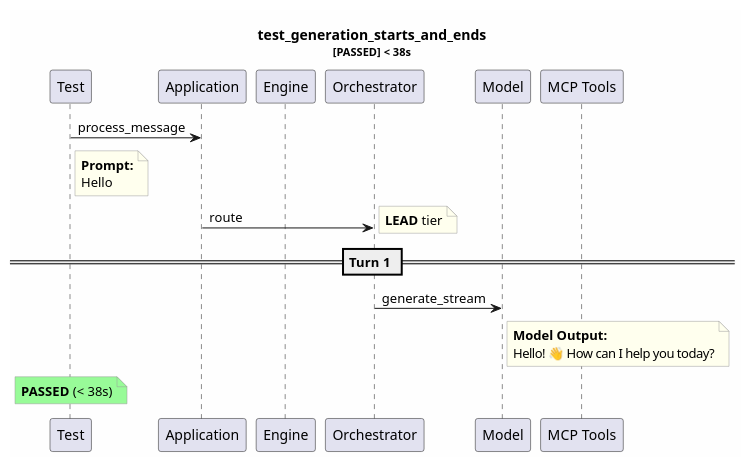
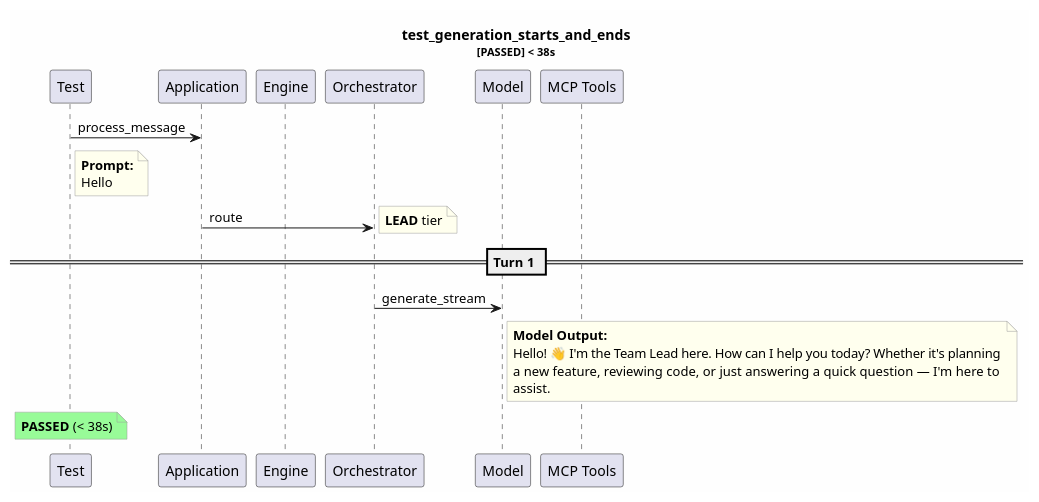
One commit to tvanfossen/entropic changed the diagram in test-reports/logs/test_generation_starts_and_ends/test_generation_starts_and_ends.puml. Above: the diagram before and after it, drawn with PlantUML. The commit also changed 11 other files, not shown here.

```diff
--- a/test-reports/logs/test_generation_starts_and_ends/test_generation_starts_and_ends.puml
+++ b/test-reports/logs/test_generation_starts_and_ends/test_generation_starts_and_ends.puml
@@ -1,31 +1,33 @@
 @startuml
 skinparam backgroundColor #FEFEFE
 skinparam noteBorderColor #999999
 skinparam noteBackgroundColor #FFFFEE
 title test_generation_starts_and_ends\n<size:11>[PASSED] < 38s</size>
 
 participant "Test" as T
 participant "Application" as App
 participant "Engine" as Eng
 participant "Orchestrator" as Orch
 participant "Model" as Mdl
 participant "MCP Tools" as MCP
 
 T -> App: process_message
 note right of T
   **Prompt:**
   Hello
 end note
 App -> Orch: route
 note right: **LEAD** tier
 == Turn 1 ==
 Orch -> Mdl: generate_stream
 note right of Mdl
   **Model Output:**
-  Hello! 👋 How can I help you today?
+  Hello! 👋 I'm the Team Lead here. How can I help you today? Whether it's planning
+  a new feature, reviewing code, or just answering a quick question — I'm here to 
+  assist.
 end note
 note over T #palegreen
   **PASSED** (< 38s)
 end note
 
 @enduml
```
